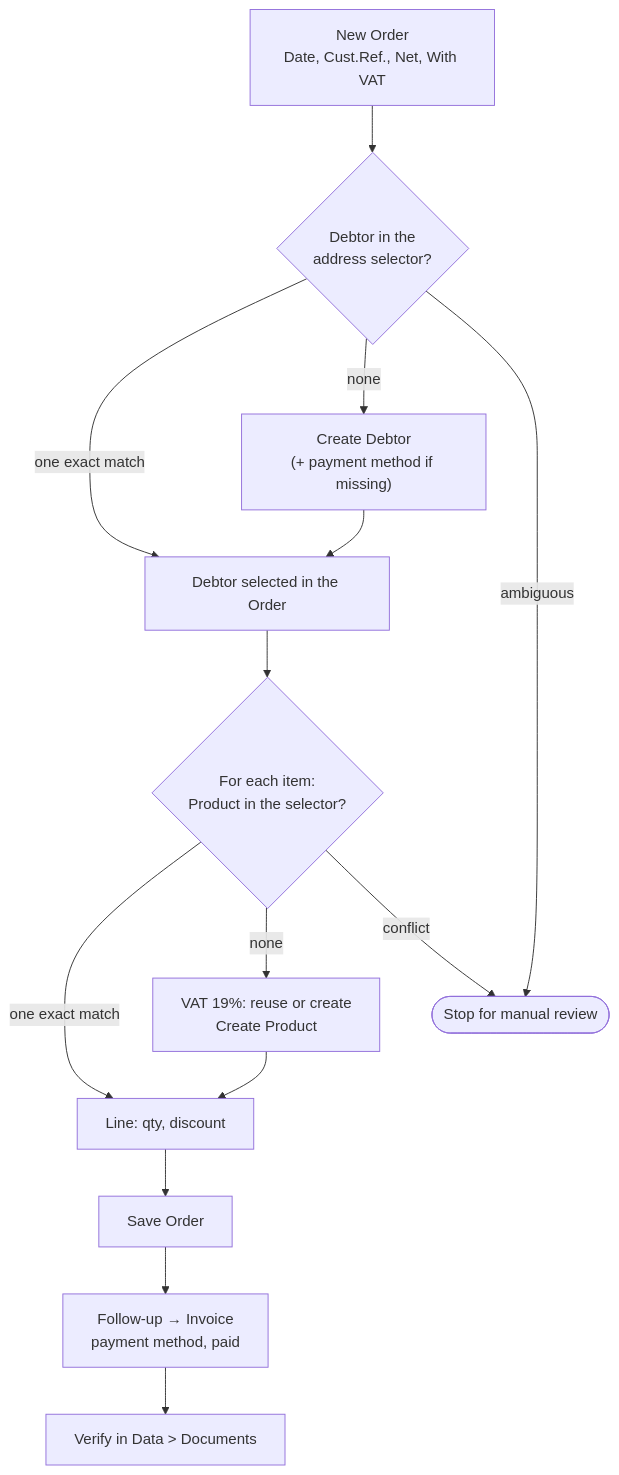
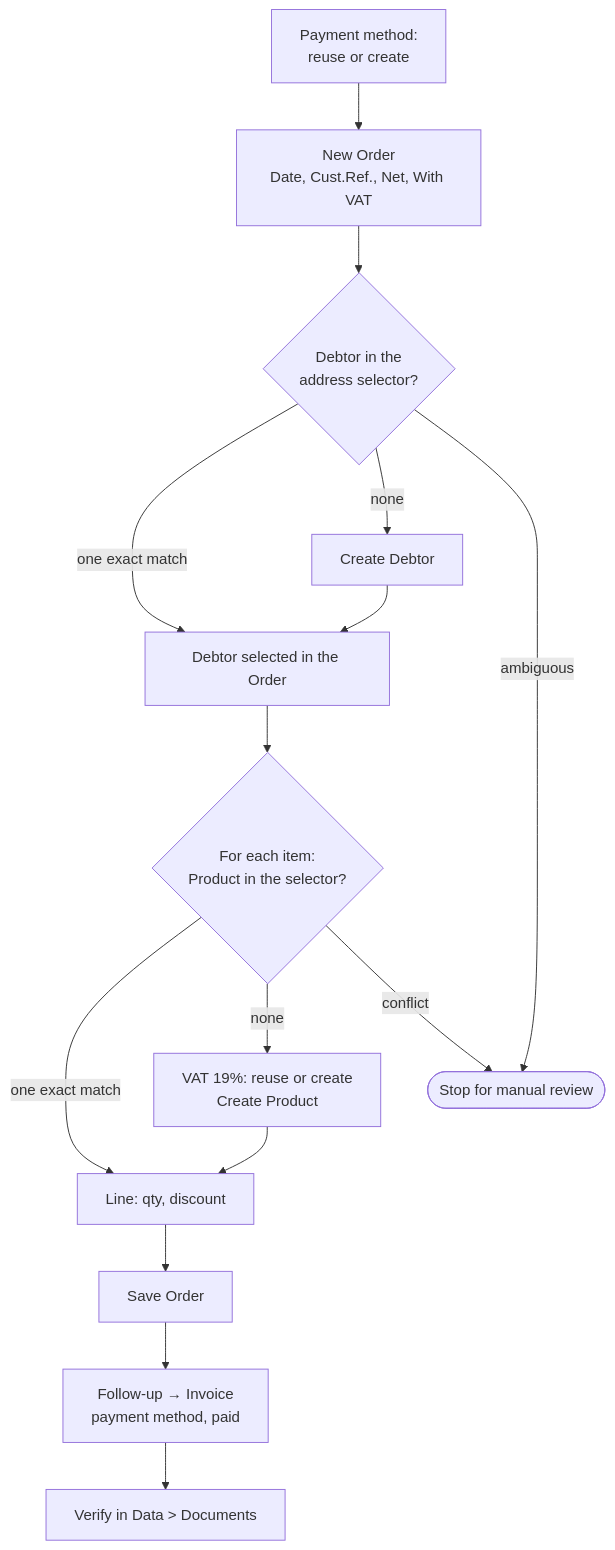
The second of 2 diagrams in docs/DESIGN.md (MooSayed1/Fakturama), drawn with Mermaid before and after one commit. The commit also changed other lines of this file and 2 other files, not shown here.

Commit message:
Check the payment method at the start of every order

````diff
--- a/docs/DESIGN.md
+++ b/docs/DESIGN.md
@@ -114,14 +114,15 @@
 ```mermaid
 flowchart TD
+    P["Payment method:<br>reuse or create"] --> A
     A["New Order<br>Date, Cust.Ref., Net, With VAT"] --> B{"Debtor in the<br>address selector?"}
     B -- "one exact match" --> D["Debtor selected in the Order"]
-    B -- "none" --> C["Create Debtor<br>(+ payment method if missing)"] --> D
+    B -- "none" --> C["Create Debtor"] --> D
     D --> E{"For each item:<br>Product in the selector?"}
     E -- "one exact match" --> G["Line: qty, discount"]
     E -- "none" --> F["VAT 19%: reuse or create<br>Create Product"] --> G
     G --> H["Save Order"]
     H --> I["Follow-up → Invoice<br>payment method, paid"]
     I --> J["Verify in Data > Documents"]
     B -- "ambiguous" --> S(["Stop for manual review"])
     E -- "conflict" --> S
 ```
````
